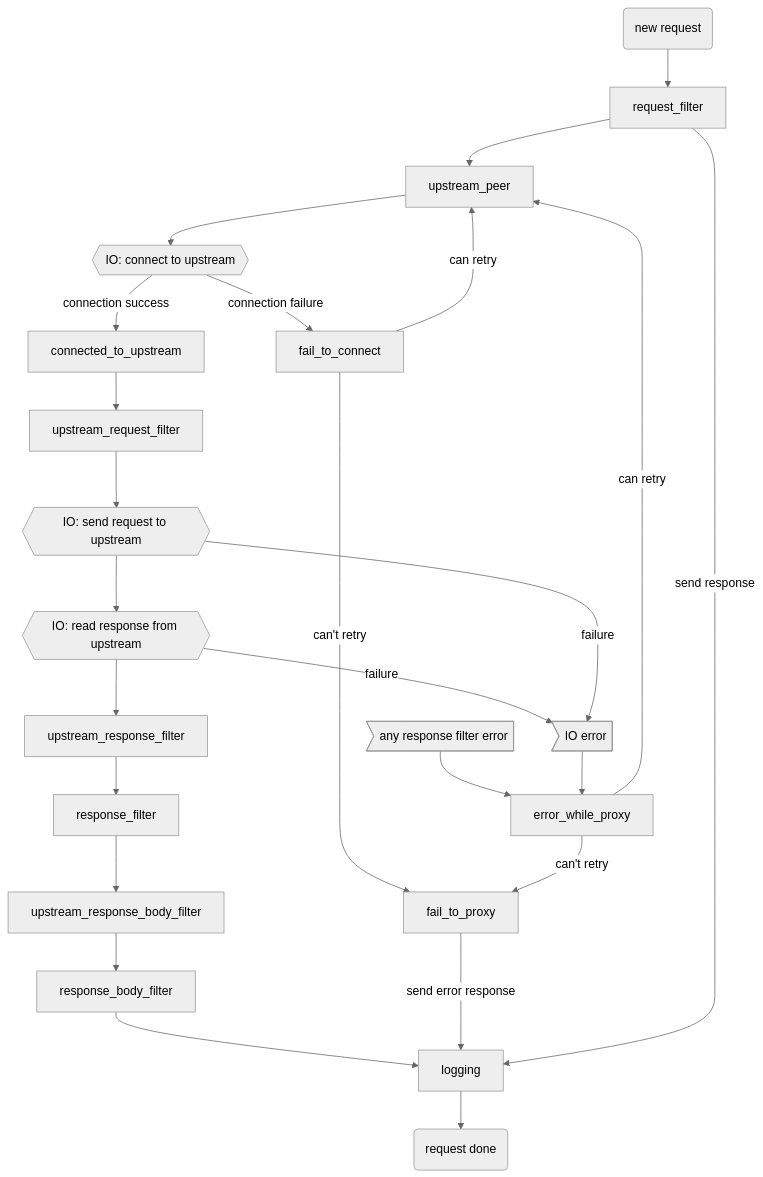
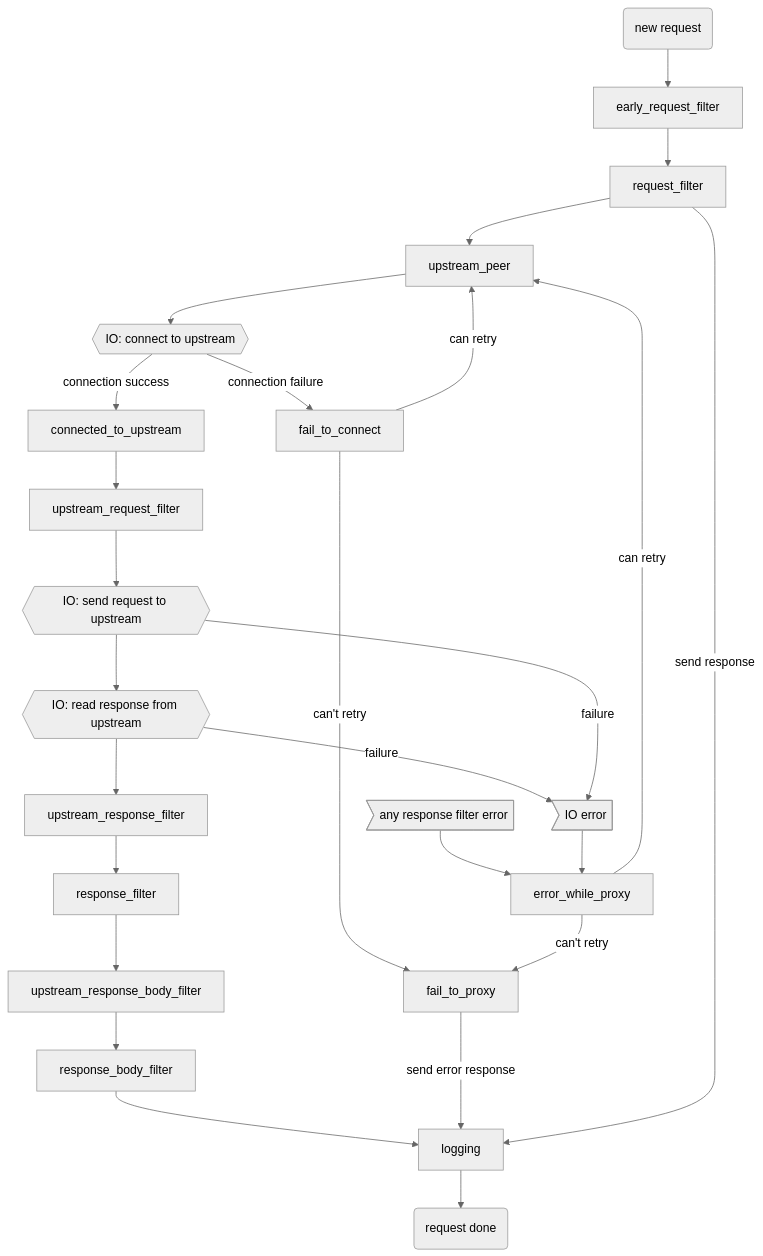
Before and after one commit to cloudflare/pingora: the diagram in docs/user_guide/phase.md, drawn with Mermaid (neutral theme). The commit also changed other lines of this file and 1 other file, not shown here.

Commit message:
document early_request_filter
Fix #363

````diff
--- a/docs/user_guide/phase.md
+++ b/docs/user_guide/phase.md
@@ -17,29 +17,30 @@
 ```mermaid
  graph TD;
-    start("new request")-->request_filter;
+    start("new request")-->early_request_filter;
+    early_request_filter-->request_filter;
     request_filter-->upstream_peer;
 
     upstream_peer-->Connect{{IO: connect to upstream}};
 
     Connect--connection success-->connected_to_upstream;
     Connect--connection failure-->fail_to_connect;
 
     connected_to_upstream-->upstream_request_filter;
     upstream_request_filter --> SendReq{{IO: send request to upstream}};
     SendReq-->RecvResp{{IO: read response from upstream}};
     RecvResp-->upstream_response_filter-->response_filter-->upstream_response_body_filter-->response_body_filter-->logging-->endreq("request done");
 
     fail_to_connect --can retry-->upstream_peer;
     fail_to_connect --can't retry-->fail_to_proxy--send error response-->logging;
 
     RecvResp--failure-->IOFailure;
     SendReq--failure-->IOFailure;
     error_while_proxy--can retry-->upstream_peer;
     error_while_proxy--can't retry-->fail_to_proxy;
 
     request_filter --send response-->logging
 
 
     Error>any response filter error]-->error_while_proxy
     IOFailure>IO error]-->error_while_proxy
 ```
````
